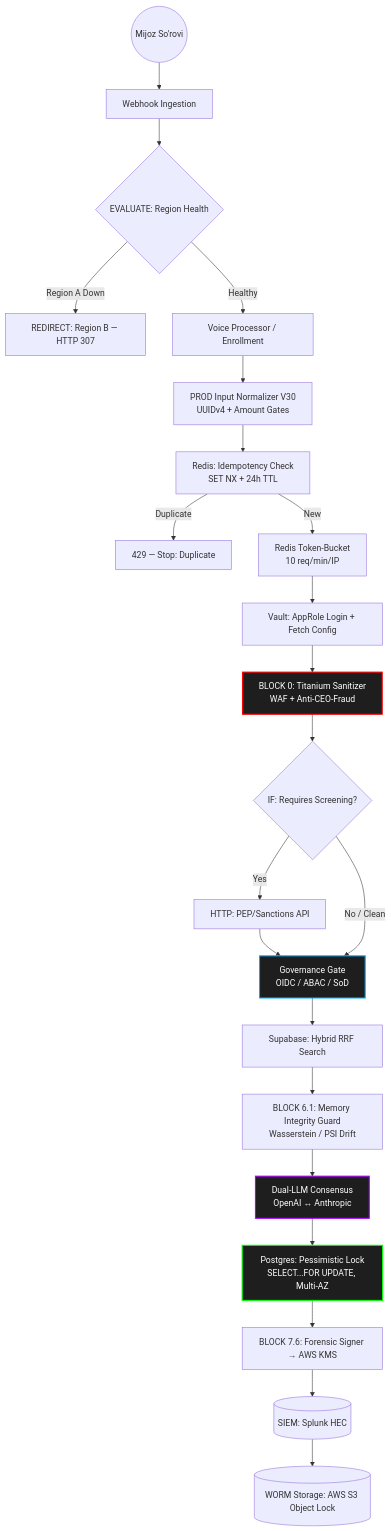
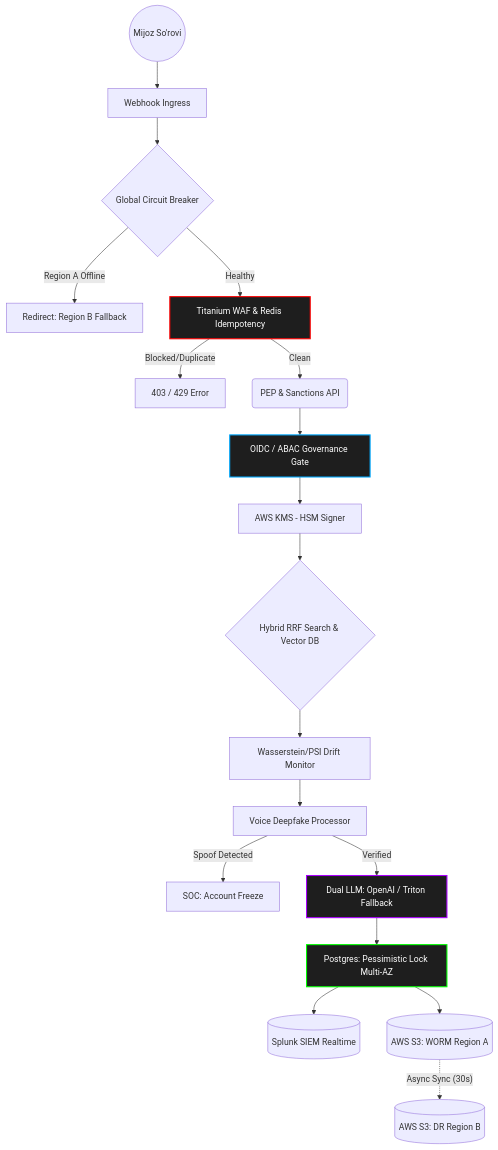
One commit to b12hub/REVENANT_V_30 changed the first of 2 diagrams in README.md. Above: the diagram before and after it, drawn with Mermaid. The commit also changed other lines of this file and 2 other files, not shown here.

Commit message:
feat(architecture): isolate Trunk 1 and Trunk 3 as stateless micro-workflows

````diff
--- a/README.md
+++ b/README.md
@@ -73,29 +69,33 @@
 ```mermaid
 graph TD
-    Client((Mijoz So'rovi)) --> Ingress[Webhook Ingestion]
-    Ingress --> CB{EVALUATE: Region Health}
-    CB -- "Region A Down" --> RegB[REDIRECT: Region B — HTTP 307]
-    CB -- "Healthy" --> VoiceGate[Voice Processor / Enrollment]
-    VoiceGate --> Norm[PROD Input Normalizer V30\nUUIDv4 + Amount Gates]
-    Norm --> RIdem[Redis: Idempotency Check\nSET NX + 24h TTL]
-    RIdem -- "Duplicate" --> Drop[429 — Stop: Duplicate]
-    RIdem -- "New" --> RateLimit[Redis Token-Bucket\n10 req/min/IP]
-    RateLimit --> Vault[Vault: AppRole Login + Fetch Config]
-    Vault --> Sanitizer[BLOCK 0: Titanium Sanitizer\nWAF + Anti-CEO-Fraud]
-    Sanitizer --> AML{IF: Requires Screening?}
-    AML -- "Yes" --> PEP[HTTP: PEP/Sanctions API]
-    PEP --> Gov[Governance Gate\nOIDC / ABAC / SoD]
-    AML -- "No / Clean" --> Gov
-    Gov --> RAG[Supabase: Hybrid RRF Search]
-    RAG --> Drift[BLOCK 6.1: Memory Integrity Guard\nWasserstein / PSI Drift]
-    Drift --> AI[Dual-LLM Consensus\nOpenAI ↔ Anthropic]
-    AI --> Lock[Postgres: Pessimistic Lock\nSELECT...FOR UPDATE, Multi-AZ]
-    Lock --> Sign[BLOCK 7.6: Forensic Signer → AWS KMS]
-    Sign --> Splunk[(SIEM: Splunk HEC)]
-    Splunk --> S3[(WORM Storage: AWS S3 Object Lock)]
+    %% Ingress & Firewall
+    Client((Mijoz So'rovi)) --> Ingress[Webhook Ingress]
+    Ingress --> CB{Global Circuit Breaker}
+    CB -- "Region A Offline" --> RegB[Redirect: Region B Fallback]
+    CB -- "Healthy" --> WAF[Titanium WAF & Redis Idempotency]
+    
+    %% Security & Governance
+    WAF -- "Blocked/Duplicate" --> Drop[403 / 429 Error]
+    WAF -- "Clean" --> Sanctions(PEP & Sanctions API)
+    Sanctions --> IAM[OIDC / ABAC Governance Gate]
+    IAM --> KMS[AWS KMS - HSM Signer]
 
-    style Sanitizer fill:#1e1e1e,stroke:#ff0000,stroke-width:2px,color:#fff
-    style Gov fill:#1e1e1e,stroke:#00aaff,stroke-width:2px,color:#fff
+    %% AI & Core Logic
+    KMS --> RAG{Hybrid RRF Search & Vector DB}
+    RAG --> Drift[Wasserstein/PSI Drift Monitor]
+    Drift --> Deepfake[Voice Deepfake Processor]
+    Deepfake -- "Spoof Detected" --> Freeze[SOC: Account Freeze]
+    Deepfake -- "Verified" --> AI[Dual LLM: OpenAI / Triton Fallback]
+    
+    %% Multi-AZ Database & WORM
+    AI --> Lock[Postgres: Pessimistic Lock Multi-AZ]
+    Lock --> Splunk[(Splunk SIEM Realtime)]
+    Lock --> S3_A[(AWS S3: WORM Region A)]
+    S3_A -. "Async Sync (30s)" .-> S3_B[(AWS S3: DR Region B)]
+
+    style WAF fill:#1e1e1e,stroke:#ff0000,stroke-width:2px,color:#fff
+    style IAM fill:#1e1e1e,stroke:#00aaff,stroke-width:2px,color:#fff
     style AI fill:#1e1e1e,stroke:#aa00ff,stroke-width:2px,color:#fff
     style Lock fill:#1e1e1e,stroke:#00ff00,stroke-width:2px,color:#fff
+
 ```
````
